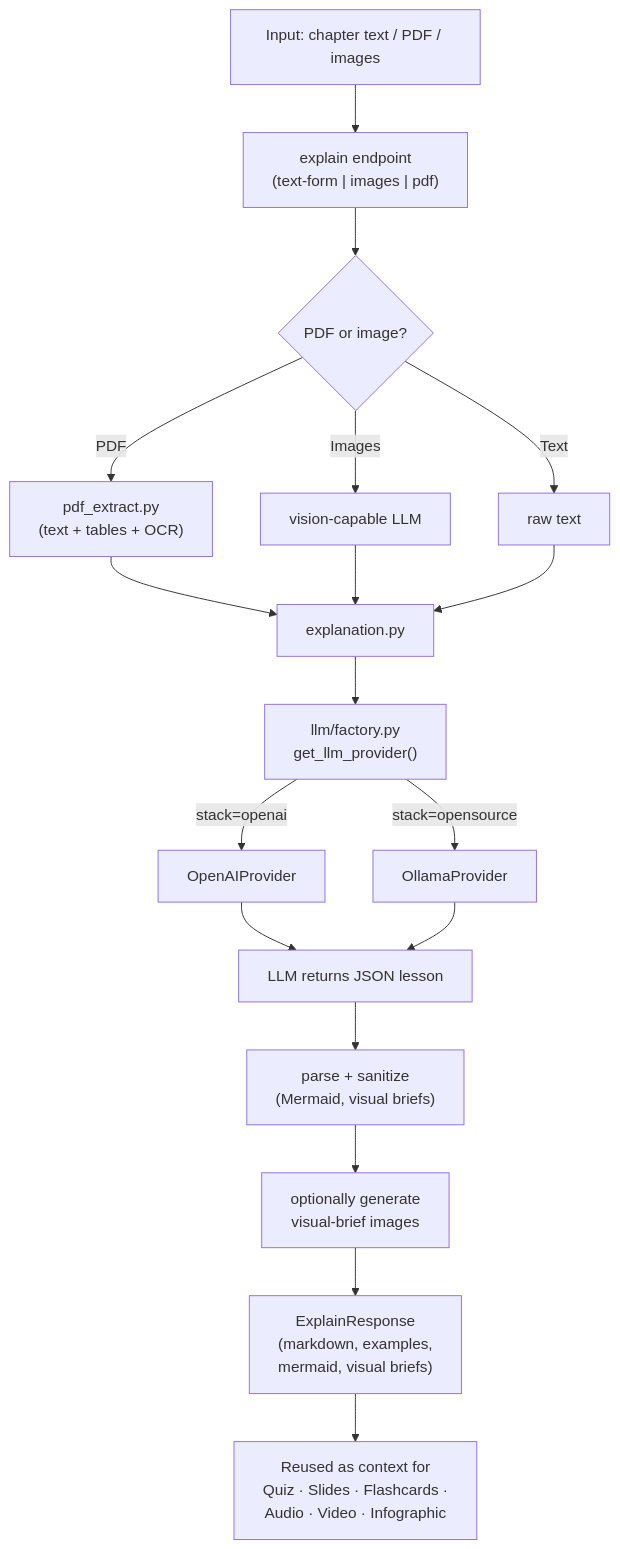
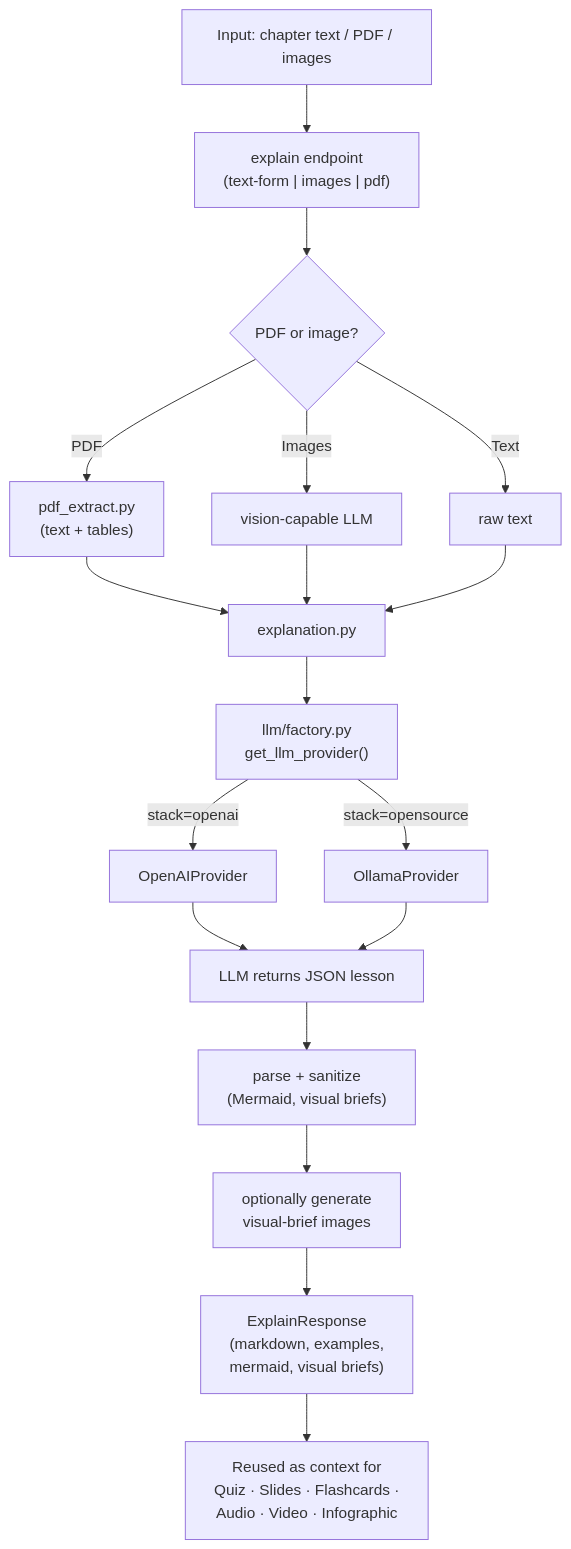
One commit to SmartSkale/classroom_ai changed the fourth of 5 diagrams in ARCHITECTURE.md. Above: the diagram before and after it, drawn with Mermaid. The commit also changed 19 other files, not shown here.

````diff
--- a/ARCHITECTURE.md
+++ b/ARCHITECTURE.md
@@ -160,20 +160,20 @@
 ```mermaid
 flowchart TD
     IN["Input: chapter text / PDF / images"] --> EP["explain endpoint<br/>(text-form | images | pdf)"]
     EP --> EXTRACT{"PDF or image?"}
-    EXTRACT -->|PDF| PDFX["pdf_extract.py<br/>(text + tables + OCR)"]
+    EXTRACT -->|PDF| PDFX["pdf_extract.py<br/>(text + tables)"]
     EXTRACT -->|Images| VISION["vision-capable LLM"]
     EXTRACT -->|Text| TEXT["raw text"]
     PDFX --> SVC["explanation.py"]
     VISION --> SVC
     TEXT --> SVC
     SVC --> FACT["llm/factory.py<br/>get_llm_provider()"]
     FACT -->|stack=openai| OAI["OpenAIProvider"]
     FACT -->|stack=opensource| OLL["OllamaProvider"]
     OAI --> JSON["LLM returns JSON lesson"]
     OLL --> JSON
     JSON --> PARSE["parse + sanitize<br/>(Mermaid, visual briefs)"]
     PARSE --> IMG["optionally generate<br/>visual-brief images"]
     IMG --> OUT["ExplainResponse<br/>(markdown, examples,<br/>mermaid, visual briefs)"]
     OUT --> REUSE["Reused as context for<br/>Quiz · Slides · Flashcards ·<br/>Audio · Video · Infographic"]
 ```
````
